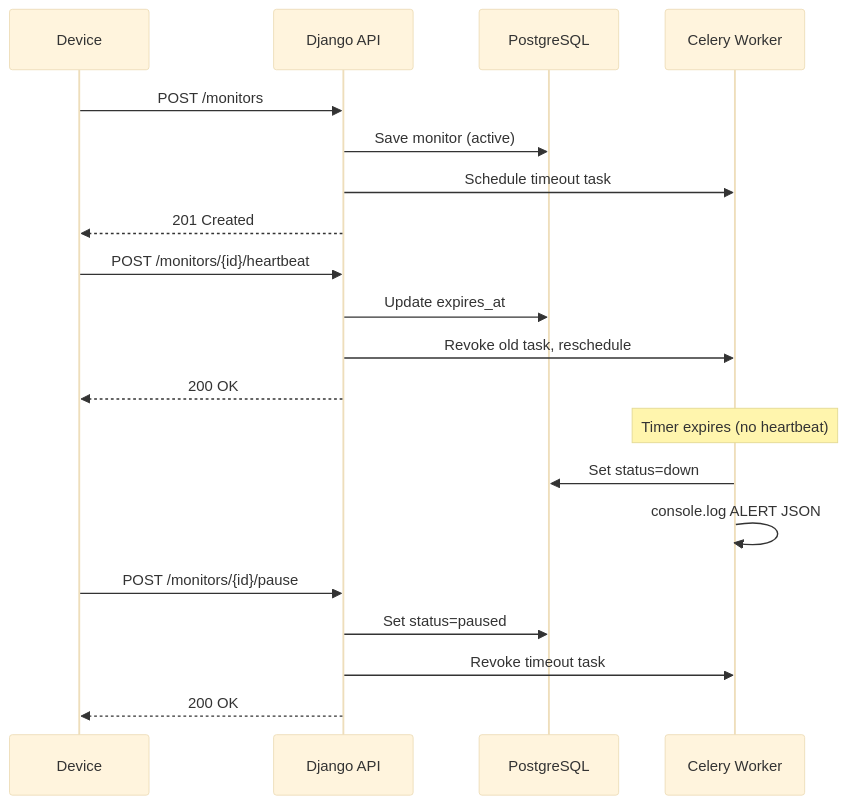
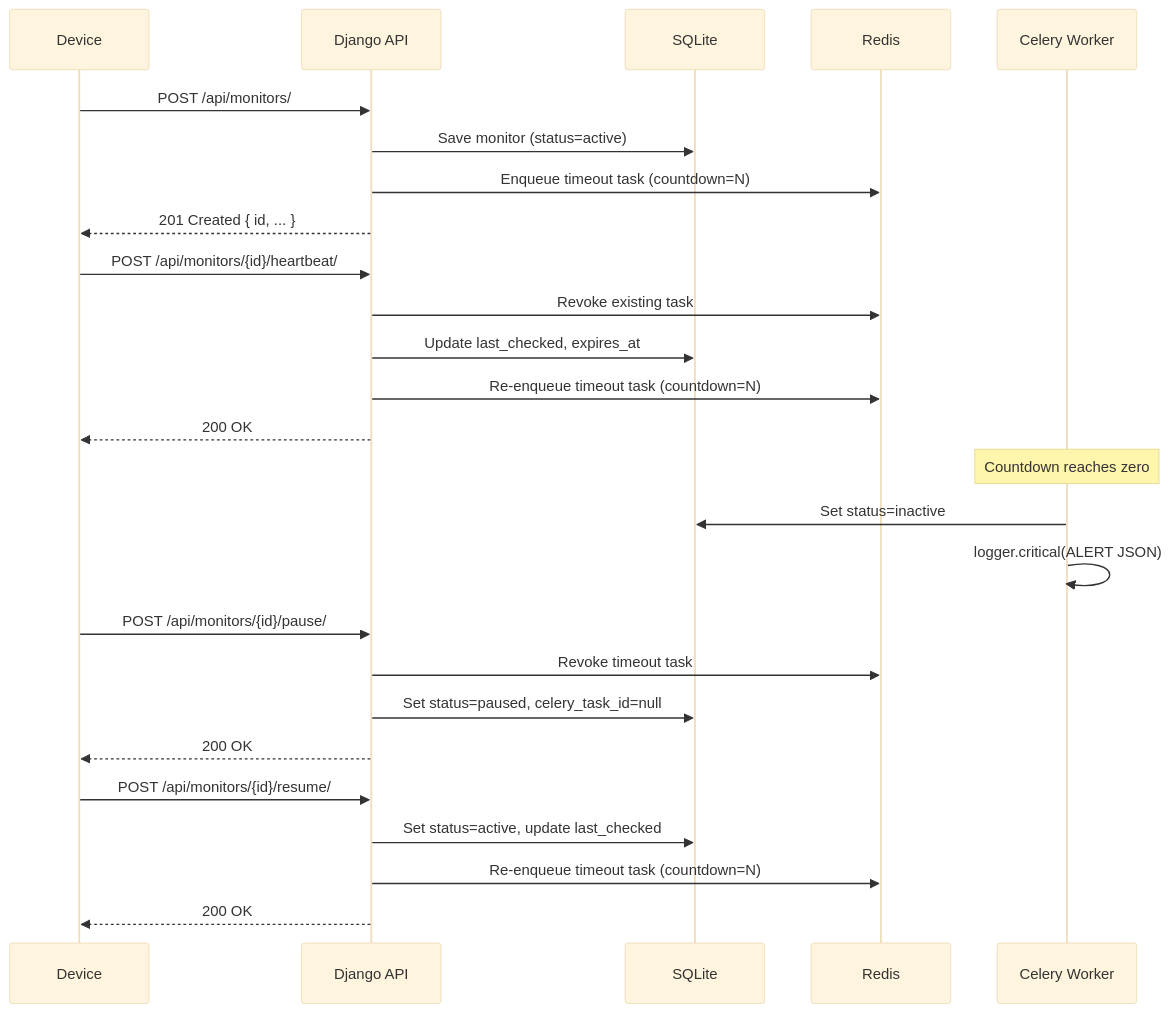
The diagram in README.md (Stan1-0/Pulse-Check-API), drawn with Mermaid (base theme) before and after one commit. The commit also changed other lines of this file and 4 other files, not shown here.

Commit message:
Enhance API documentation, add resume functionality, and fix minor typos in views

````diff
--- a/README.md
+++ b/README.md
@@ -1,26 +9,33 @@
 ```mermaid
 sequenceDiagram
     participant D as Device
     participant A as Django API
-    participant DB as PostgreSQL
+    participant DB as SQLite
+    participant R as Redis
     participant C as Celery Worker
 
-    D->>A: POST /monitors
-    A->>DB: Save monitor (active)
-    A->>C: Schedule timeout task
-    A-->>D: 201 Created
+    D->>A: POST /api/monitors/
+    A->>DB: Save monitor (status=active)
+    A->>R: Enqueue timeout task (countdown=N)
+    A-->>D: 201 Created { id, ... }
 
-    D->>A: POST /monitors/{id}/heartbeat
-    A->>DB: Update expires_at
-    A->>C: Revoke old task, reschedule
+    D->>A: POST /api/monitors/{id}/heartbeat/
+    A->>R: Revoke existing task
+    A->>DB: Update last_checked, expires_at
+    A->>R: Re-enqueue timeout task (countdown=N)
     A-->>D: 200 OK
 
-    Note over C: Timer expires (no heartbeat)
-    C->>DB: Set status=down
-    C->>C: console.log ALERT JSON
+    Note over C: Countdown reaches zero
+    C->>DB: Set status=inactive
+    C->>C: logger.critical(ALERT JSON)
 
-    D->>A: POST /monitors/{id}/pause
-    A->>DB: Set status=paused
-    A->>C: Revoke timeout task
+    D->>A: POST /api/monitors/{id}/pause/
+    A->>R: Revoke timeout task
+    A->>DB: Set status=paused, celery_task_id=null
+    A-->>D: 200 OK
+
+    D->>A: POST /api/monitors/{id}/resume/
+    A->>DB: Set status=active, update last_checked
+    A->>R: Re-enqueue timeout task (countdown=N)
     A-->>D: 200 OK
 ```
````
